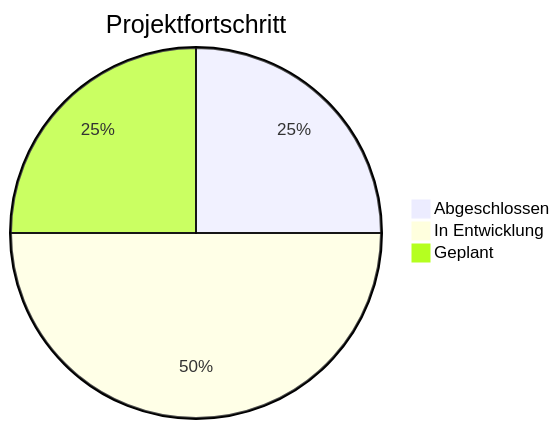
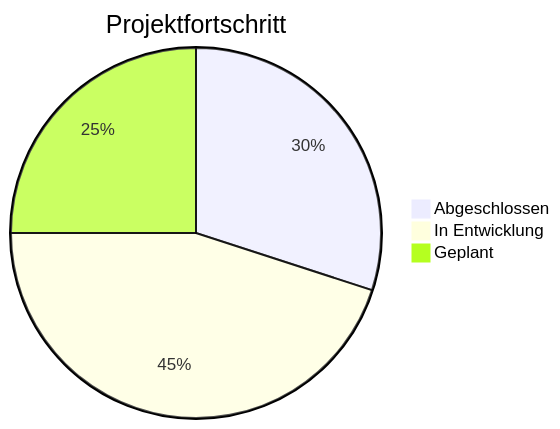
The first of 8 diagrams in progress/updates.md (andreaseirich/auto-alert-pi-client-doc), drawn with Mermaid before and after one commit. The commit also changed other lines of this file and 2 other files, not shown here.

````diff
--- a/progress/updates.md
+++ b/progress/updates.md
@@ -17,6 +17,6 @@
 ```mermaid
 pie title Projektfortschritt
-    "Abgeschlossen" : 25
-    "In Entwicklung" : 50
+    "Abgeschlossen" : 30
+    "In Entwicklung" : 45
     "Geplant" : 25
 ```
````
